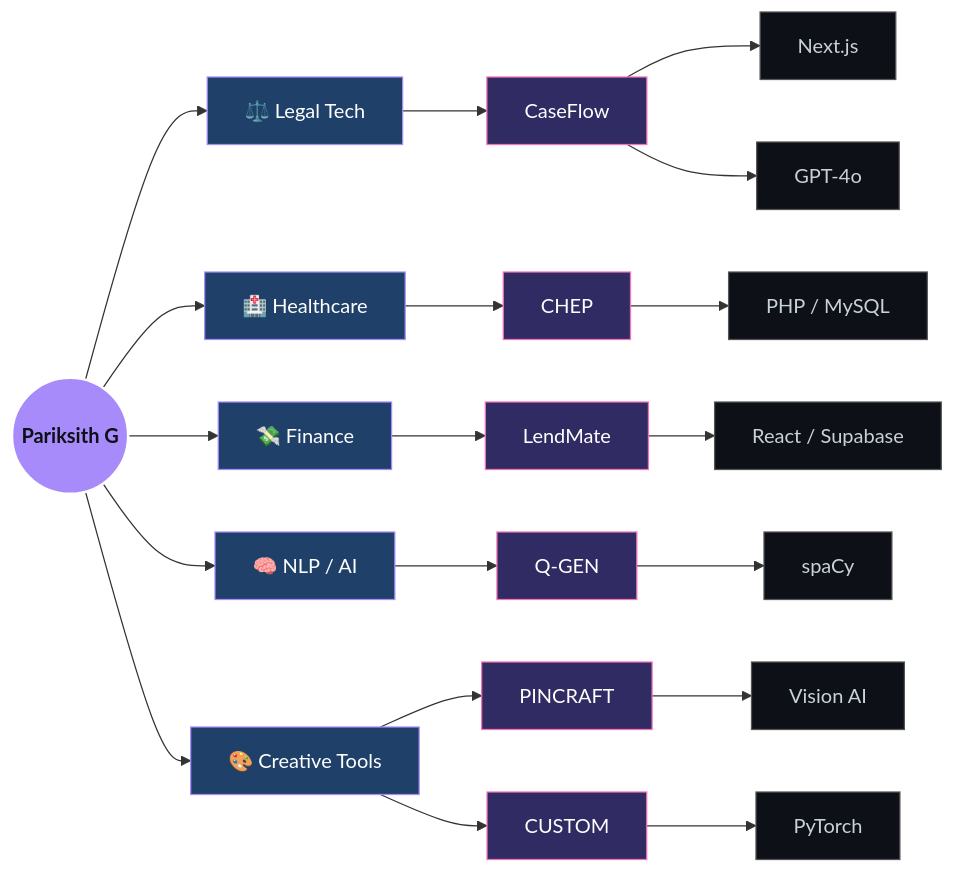
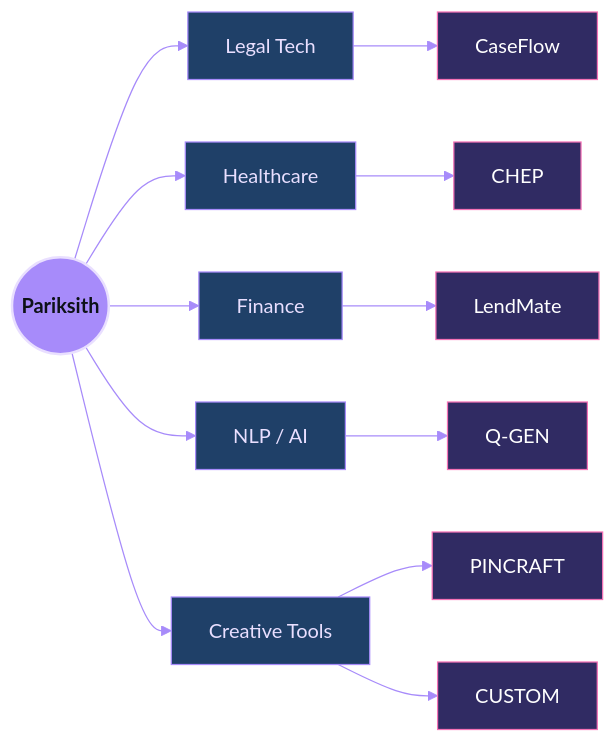
One commit to pariksith/pariksith changed the diagram in README.md. Above: the diagram before and after it, drawn with Mermaid. The commit also changed other lines of this file, not shown here.

````diff
--- a/README.md
+++ b/README.md
@@ -56,30 +219,15 @@
 ```mermaid
+%%{init: {'theme': 'base', 'themeVariables': {'primaryColor': '#302b63', 'primaryTextColor': '#e9dfff', 'primaryBorderColor': '#a78bfa', 'lineColor': '#a78bfa', 'background': '#0d1117'}}}%%
 graph LR
-    ME(("Pariksith G")):::core
-
-    ME --> LEGAL["⚖️ Legal Tech"]:::domain
-    ME --> HEALTH["🏥 Healthcare"]:::domain
-    ME --> FIN["💸 Finance"]:::domain
-    ME --> NLP["🧠 NLP / AI"]:::domain
-    ME --> CREATE["🎨 Creative Tools"]:::domain
-
-    LEGAL --> CF["CaseFlow"]:::proj
-    HEALTH --> CHEP["CHEP"]:::proj
-    FIN --> LM["LendMate"]:::proj
-    NLP --> QG["Q-GEN"]:::proj
-    CREATE --> PC["PINCRAFT"]:::proj
+    ME(("Pariksith")):::core
+    ME --> LEGAL["Legal Tech"]:::domain --> CF["CaseFlow"]:::proj
+    ME --> HEALTH["Healthcare"]:::domain --> CHEP["CHEP"]:::proj
+    ME --> FIN["Finance"]:::domain --> LM["LendMate"]:::proj
+    ME --> NLP["NLP / AI"]:::domain --> QG["Q-GEN"]:::proj
+    ME --> CREATE["Creative Tools"]:::domain --> PC["PINCRAFT"]:::proj
     CREATE --> CU["CUSTOM"]:::proj
 
-    CF --> NX["Next.js"]:::tech
-    CF --> GPT["GPT-4o"]:::tech
-    CHEP --> PHP["PHP / MySQL"]:::tech
-    LM --> RC["React / Supabase"]:::tech
-    QG --> SPACY["spaCy"]:::tech
-    PC --> VIS["Vision AI"]:::tech
-    CU --> PT["PyTorch"]:::tech
-
-    classDef core fill:#a78bfa,stroke:#fff,stroke-width:2px,color:#0d1117,font-weight:bold
-    classDef domain fill:#1f4068,stroke:#a78bfa,color:#fff
+    classDef core fill:#a78bfa,stroke:#e9dfff,stroke-width:2px,color:#0d1117,font-weight:bold
+    classDef domain fill:#1f4068,stroke:#a78bfa,color:#e9dfff
     classDef proj fill:#302b63,stroke:#f472b6,color:#fff
-    classDef tech fill:#0d1117,stroke:#555,color:#c9d1d9
 ```
````
